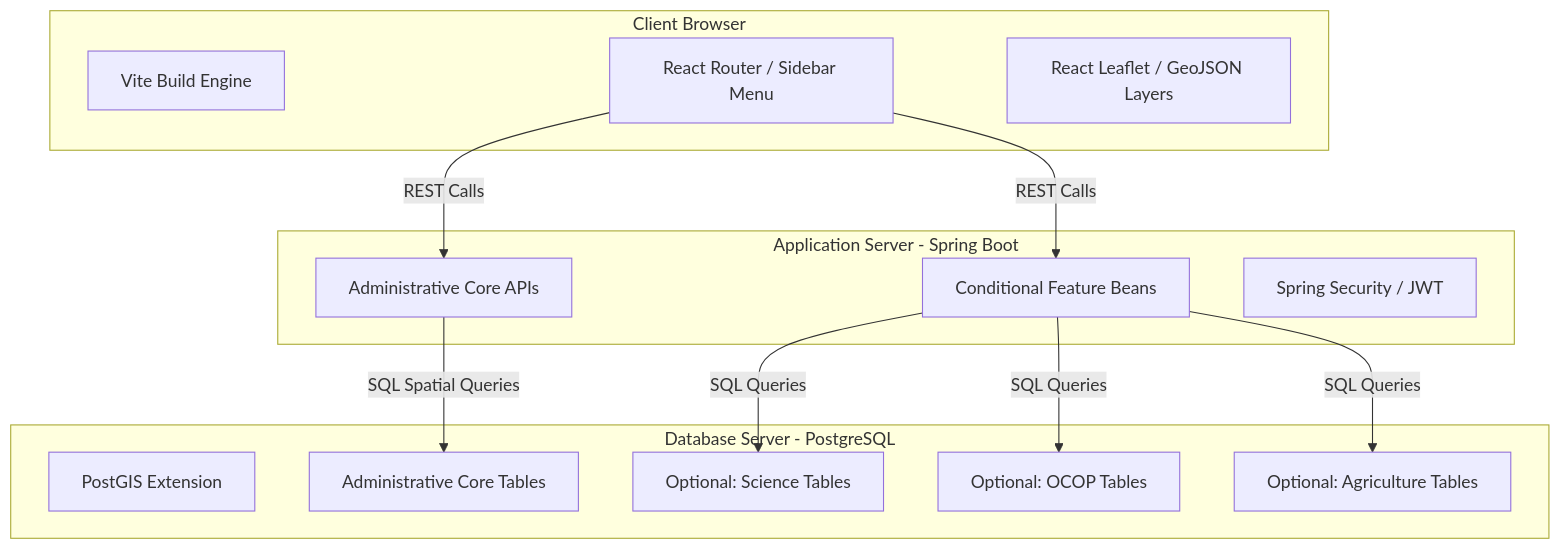
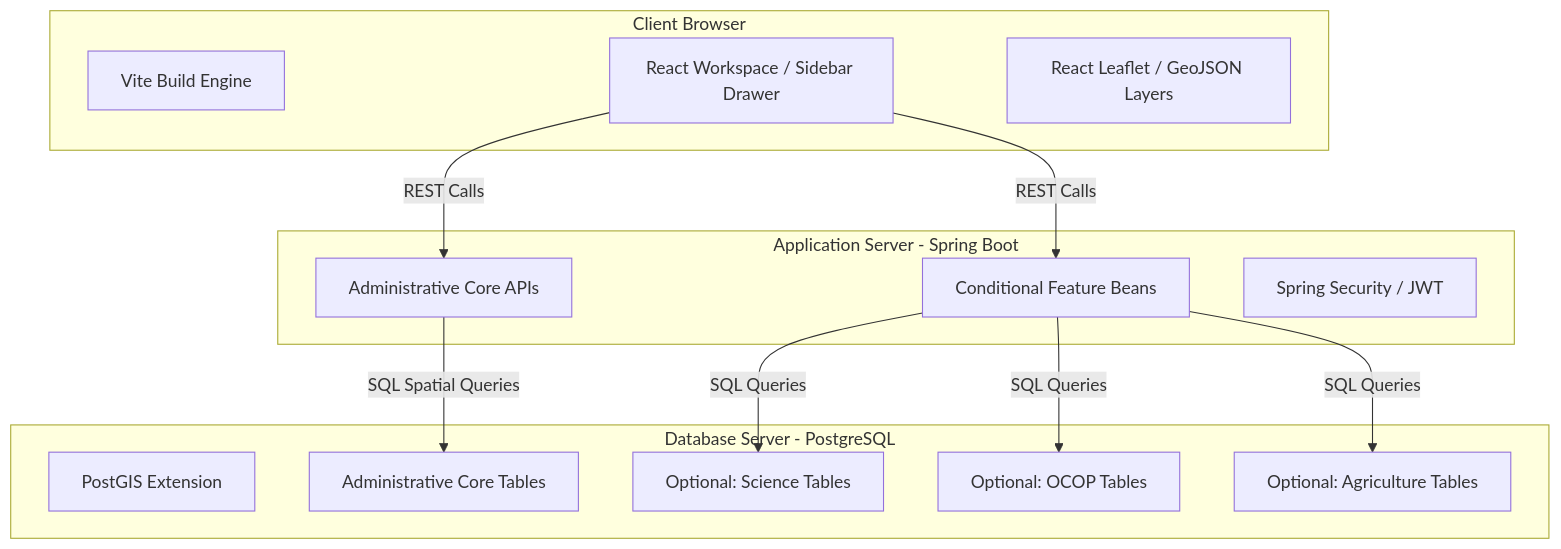
One commit to GMIOS25/WEB-GIS-TEMPLATE changed the first of 3 diagrams in docs/en/ARCHITECTURE SPECIFICATION.md. Above: the diagram before and after it, drawn with Mermaid. The commit also changed other lines of this file, not shown here.

````diff
--- a/docs/en/ARCHITECTURE SPECIFICATION.md
+++ b/docs/en/ARCHITECTURE SPECIFICATION.md
@@ -17,29 +17,29 @@
 ```mermaid
 graph TD
     subgraph Client [Client Browser]
         Vite[Vite Build Engine]
-        React[React Router / Sidebar Menu]
+        React[React Workspace / Sidebar Drawer]
         Map[React Leaflet / GeoJSON Layers]
     end
 
     subgraph Server [Application Server - Spring Boot]
         CoreAPI[Administrative Core APIs]
         FeatureRegistry[Conditional Feature Beans]
         Security[Spring Security / JWT]
     end
 
     subgraph Database [Database Server - PostgreSQL]
         PostGIS[PostGIS Extension]
         CoreSchema[Administrative Core Tables]
         ScienceSchema[Optional: Science Tables]
         OcopSchema[Optional: OCOP Tables]
         AgricultureSchema[Optional: Agriculture Tables]
     end
 
     React -->|REST Calls| CoreAPI
     React -->|REST Calls| FeatureRegistry
     CoreAPI -->|SQL Spatial Queries| CoreSchema
     FeatureRegistry -->|SQL Queries| ScienceSchema
     FeatureRegistry -->|SQL Queries| OcopSchema
     FeatureRegistry -->|SQL Queries| AgricultureSchema
 ```
````
